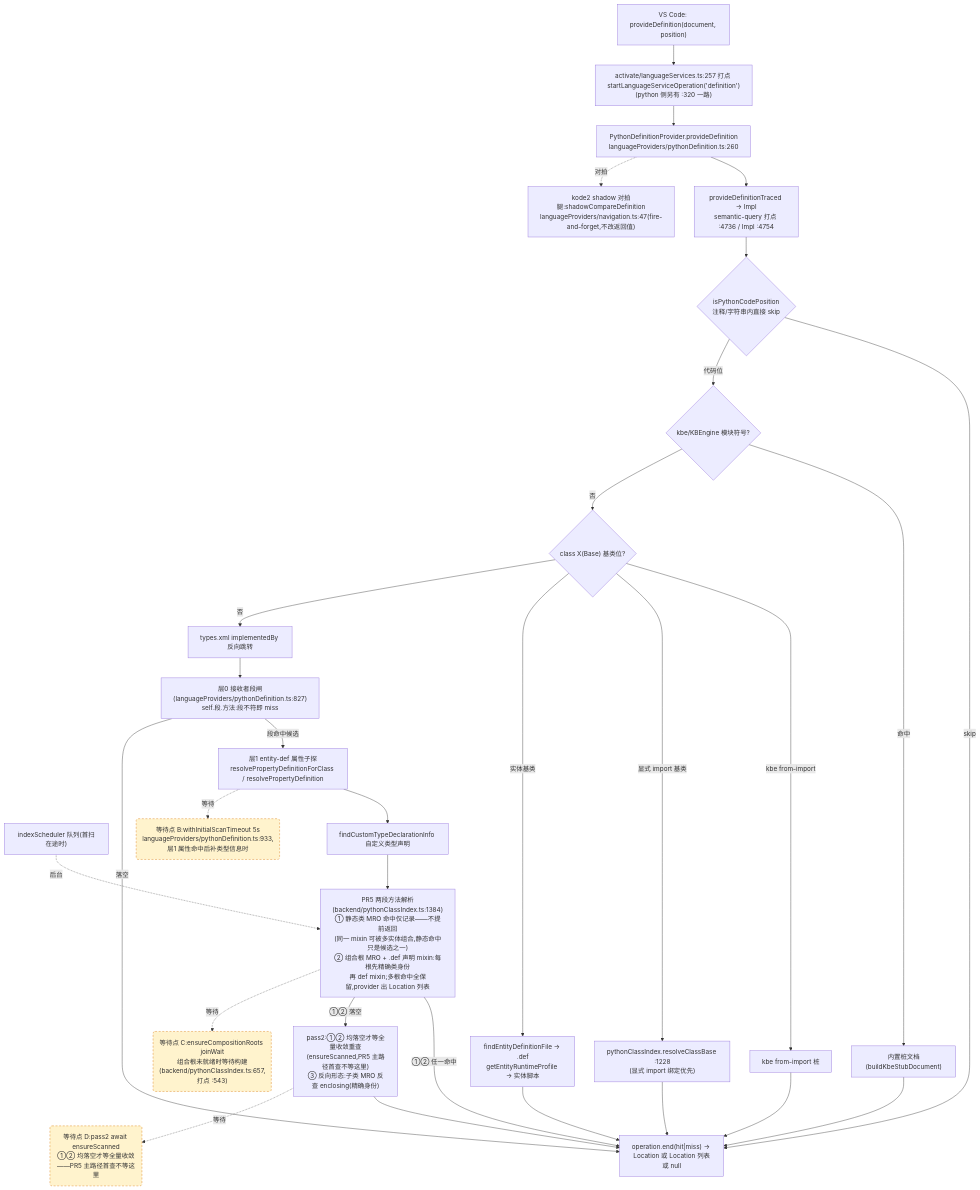
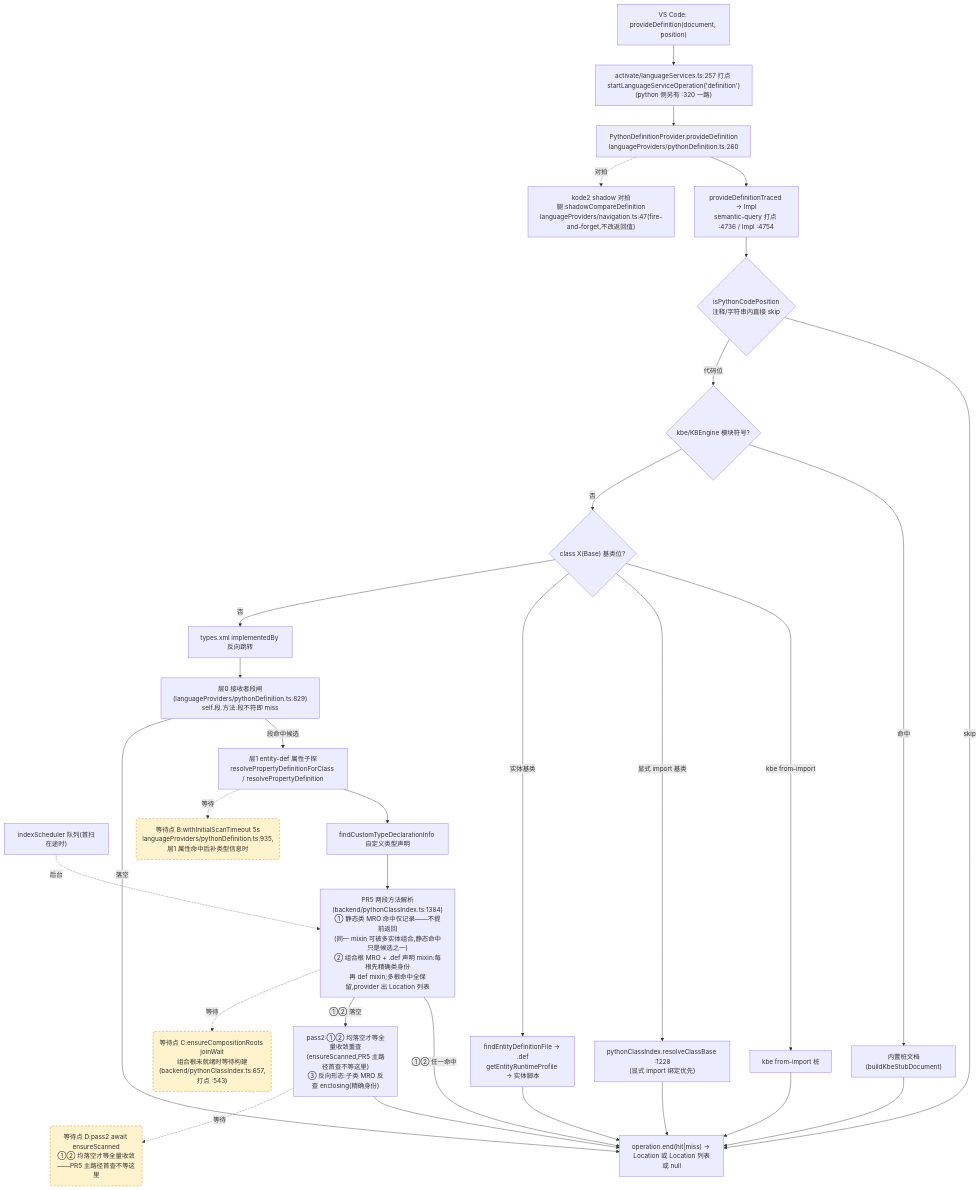
One commit to cuihairu/kode changed the second of 4 diagrams in docs/perf/2026-baseline.md. Above: the diagram before and after it, drawn with Mermaid. The commit also changed other lines of this file and 11 other files, not shown here.

````diff
--- a/docs/perf/2026-baseline.md
+++ b/docs/perf/2026-baseline.md
@@ -133,51 +133,51 @@
 ```mermaid
 flowchart TD
   VC2["VS Code: provideDefinition(document, position)"]
   M2["activate/languageServices.ts:257 打点 startLanguageServiceOperation('definition')<br/>(python 侧另有 :320 一路)"]
   AD2["PythonDefinitionProvider.provideDefinition<br/>languageProviders/pythonDefinition.ts:260"]
   TR["provideDefinitionTraced → Impl<br/>semantic-query 打点 :4736 / Impl :4754"]
   CTX{"isPythonCodePosition<br/>注释/字符串内直接 skip"}
   KBE{"kbe/KBEngine 模块符号?"}
   STUB["内置桩文档(buildKbeStubDocument)"]
   CB{"class X(Base) 基类位?"}
   CB1["kbe from-import 桩"]
   CB2["pythonClassIndex.resolveClassBase :1228<br/>(显式 import 绑定优先)"]
   CB3["findEntityDefinitionFile → .def<br/>getEntityRuntimeProfile → 实体脚本"]
   REV["types.xml implementedBy 反向跳转"]
-  L0["层0 接收者段闸(languageProviders/pythonDefinition.ts:827)<br/>self.段.方法:段不符即 miss"]
+  L0["层0 接收者段闸(languageProviders/pythonDefinition.ts:829)<br/>self.段.方法:段不符即 miss"]
   L1["层1 entity-def 属性子探<br/>resolvePropertyDefinitionForClass / resolvePropertyDefinition"]
   SCAN["indexScheduler 队列(首扫在途时)"]
   TY["findCustomTypeDeclarationInfo 自定义类型声明"]
   MRO["PR5 两段方法解析(backend/pythonClassIndex.ts:1384)<br/>① 静态类 MRO 命中仅记录——不提前返回<br/>(同一 mixin 可被多实体组合,静态命中只是候选之一)<br/>② 组合根 MRO + .def 声明 mixin:每根先精确类身份<br/>再 def mixin;多根命中全保留,provider 出 Location 列表"]
   PASS2["pass2:①② 均落空才等全量收敛重查<br/>(ensureScanned,PR5 主路径首查不等这里)<br/>③ 反向形态:子类 MRO 反查 enclosing(精确身份)"]
   SHD["kode2 shadow 对拍腿:shadowCompareDefinition<br/>languageProviders/navigation.ts:47(fire-and-forget,不改返回值)"]
   END2["operation.end(hit|miss) → Location 或 Location 列表或 null"]
 
   VC2 --> M2 --> AD2 --> TR --> CTX
   CTX -- "skip" --> END2
   CTX -- "代码位" --> KBE
   KBE -- "命中" --> STUB --> END2
   KBE -- "否" --> CB
   CB -- "kbe from-import" --> CB1 --> END2
   CB -- "显式 import 基类" --> CB2 --> END2
   CB -- "实体基类" --> CB3 --> END2
   CB -- "否" --> REV --> L0
   L0 -- "段命中候选" --> L1
   L0 -- "落空" --> END2
   L1 --> TY
   TY --> MRO
   MRO -- "①② 任一命中" --> END2
   MRO -- "①② 落空" --> PASS2 --> END2
   AD2 -.->|对拍| SHD
 
-  WAITB("等待点 B:withInitialScanTimeout 5s<br/>languageProviders/pythonDefinition.ts:933,层1 属性命中后补类型信息时")
+  WAITB("等待点 B:withInitialScanTimeout 5s<br/>languageProviders/pythonDefinition.ts:935,层1 属性命中后补类型信息时")
   WAITC("等待点 C:ensureCompositionRoots joinWait<br/>组合根未就绪时等待构建(backend/pythonClassIndex.ts:657,打点 :543)")
   WAITD("等待点 D:pass2 await ensureScanned<br/>①② 均落空才等全量收敛——PR5 主路径首查不等这里")
   L1 -.->|等待| WAITB
   MRO -.->|等待| WAITC
   PASS2 -.->|等待| WAITD
   SCAN -.->|后台| MRO
 
   classDef waitPoint fill:#fff3cd,stroke:#d97706,stroke-dasharray:5 4;
   class WAITB,WAITC,WAITD waitPoint;
 ```
````
